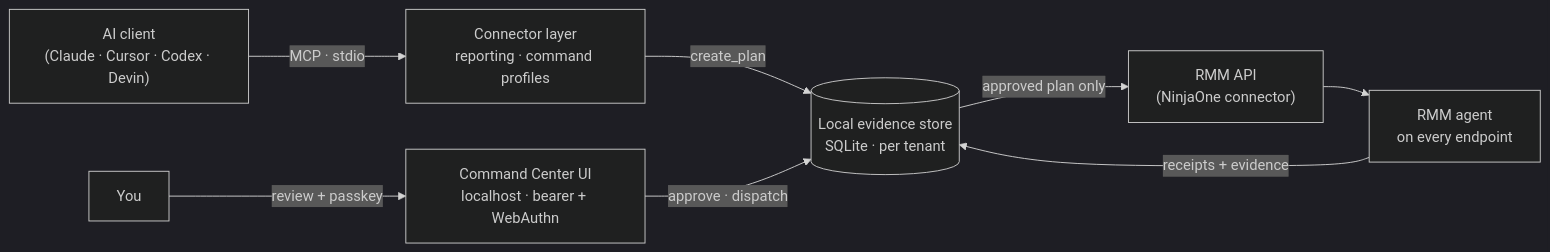
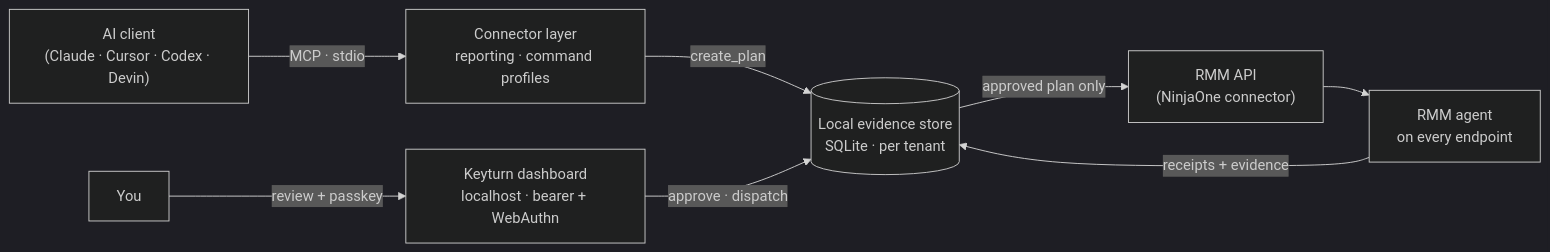
Before and after one commit to Solve4x-ai/Keyturn: the diagram in README.md, drawn with Mermaid (dark theme). The commit also changed other lines of this file and 45 other files, not shown here.

````diff
--- a/README.md
+++ b/README.md
@@ -57,10 +65,10 @@
 ```mermaid
 flowchart LR
     AI["AI client<br/>(Claude · Cursor · Codex · Devin)"] -- "MCP · stdio" --> MCP["Connector layer<br/>reporting · command profiles"]
     MCP -- "create_plan" --> Store[("Local evidence store<br/>SQLite · per tenant")]
-    Human["You"] -- "review + passkey" --> UI["Command Center UI<br/>localhost · bearer + WebAuthn"]
+    Human["You"] -- "review + passkey" --> UI["Keyturn dashboard<br/>localhost · bearer + WebAuthn"]
     UI -- "approve · dispatch" --> Store
     Store -- "approved plan only" --> RMM["RMM API<br/>(NinjaOne connector)"]
     RMM --> Agents["RMM agent<br/>on every endpoint"]
     Agents -- "receipts + evidence" --> Store
 ```
````
